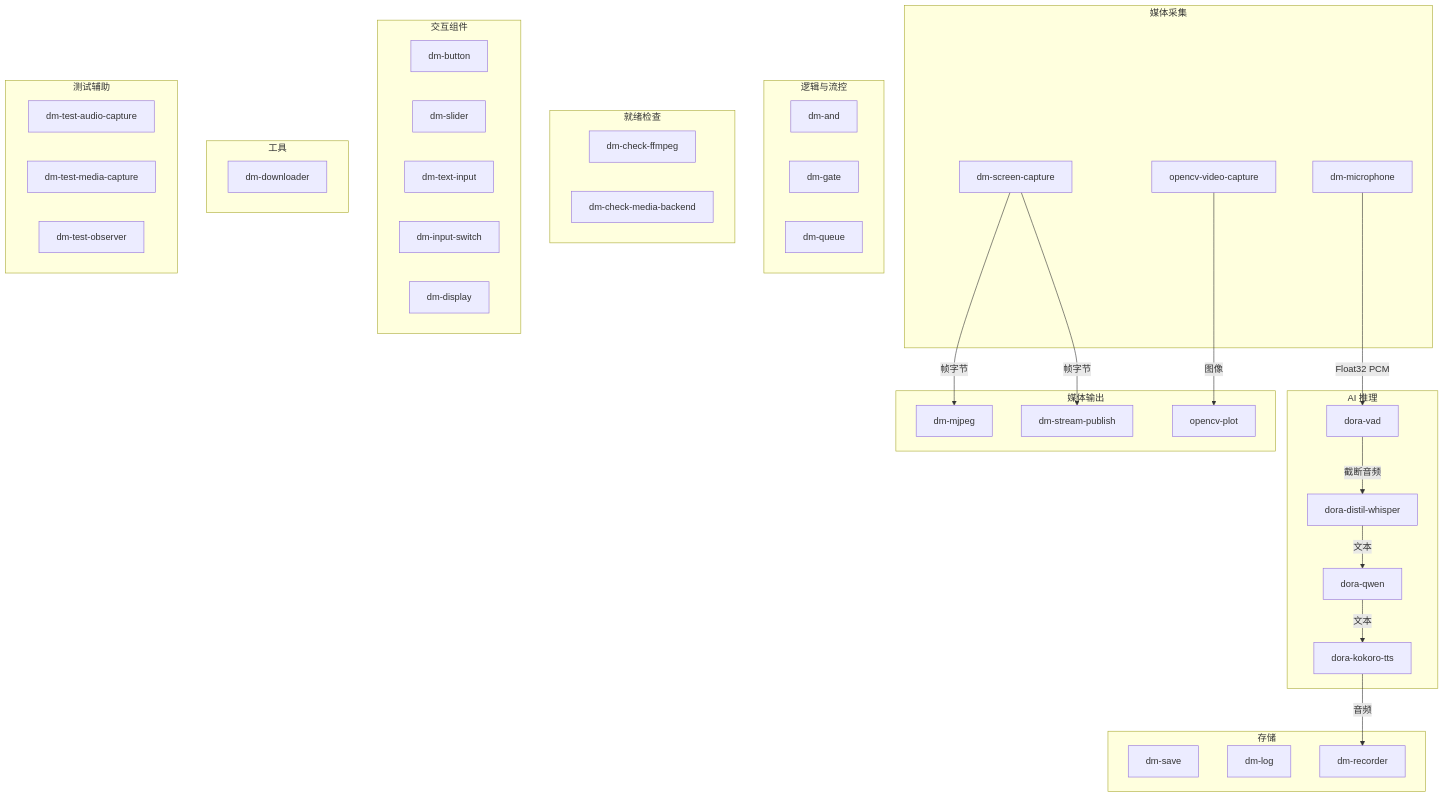
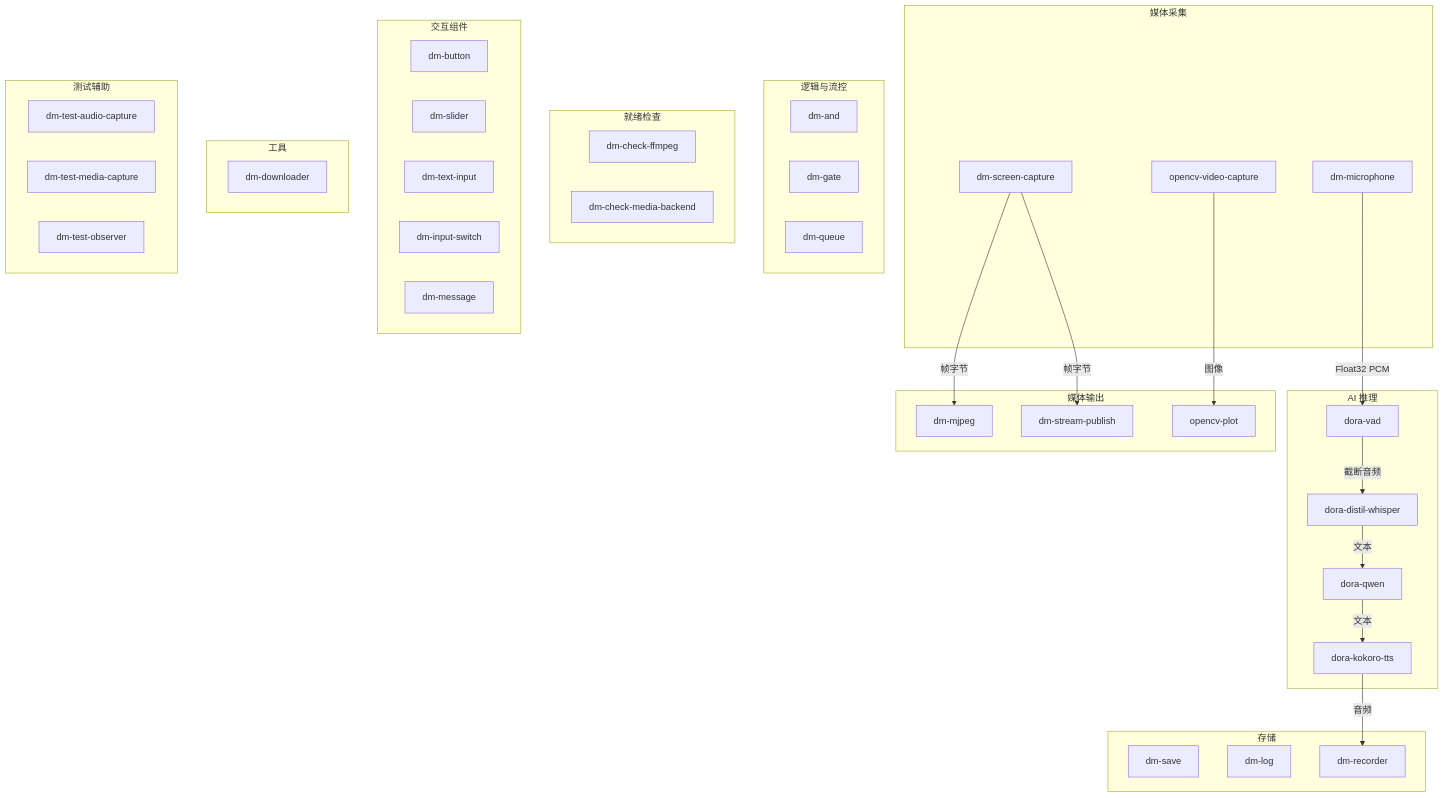
One commit to l1veIn/dora-manager changed the first of 5 diagrams in wiki/zh/07-builtin-nodes.md. Above: the diagram before and after it, drawn with Mermaid. The commit also changed other lines of this file and 43 other files, not shown here.

````diff
--- a/wiki/zh/07-builtin-nodes.md
+++ b/wiki/zh/07-builtin-nodes.md
@@ -9,66 +9,66 @@
 ```mermaid
 graph TD
     subgraph 媒体采集
         MIC[dm-microphone]
         SCREEN[dm-screen-capture]
         CAM[opencv-video-capture]
     end
 
     subgraph 逻辑与流控
         AND[dm-and]
         GATE[dm-gate]
         QUEUE[dm-queue]
     end
 
     subgraph 就绪检查
         CHKFF[dm-check-ffmpeg]
         CHKMB[dm-check-media-backend]
     end
 
     subgraph AI 推理
         WHISPER[dora-distil-whisper]
         VAD[dora-vad]
         QWEN[dora-qwen]
         TTS[dora-kokoro-tts]
     end
 
     subgraph 媒体输出
         MJPEG[dm-mjpeg]
         PUB[dm-stream-publish]
         PLOT[opencv-plot]
     end
 
     subgraph 交互组件
         BTN[dm-button]
         SLIDER[dm-slider]
         TEXTIN[dm-text-input]
         SWITCH[dm-input-switch]
-        DISPLAY[dm-display]
+        DISPLAY[dm-message]
     end
 
     subgraph 存储
         SAVE[dm-save]
         LOG[dm-log]
         REC[dm-recorder]
     end
 
     subgraph 工具
         DL[dm-downloader]
     end
 
     subgraph 测试辅助
         TAUDIO[dm-test-audio-capture]
         TMEDIA[dm-test-media-capture]
         TOBS[dm-test-observer]
     end
 
     MIC -- "Float32 PCM" --> VAD
     VAD -- "截断音频" --> WHISPER
     WHISPER -- "文本" --> QWEN
     QWEN -- "文本" --> TTS
     TTS -- "音频" --> REC
 
     SCREEN -- "帧字节" --> PUB
     SCREEN -- "帧字节" --> MJPEG
     CAM -- "图像" --> PLOT
 ```
````
